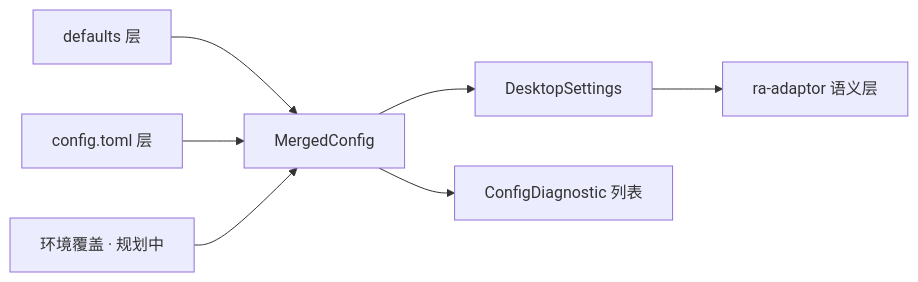
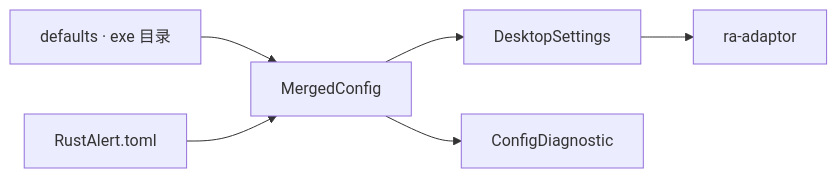
Before and after one commit to rust-alert/ra2.exe: the diagram in projects/ra-config/readme.md, drawn with Mermaid. The commit also changed other lines of this file and 9 other files, not shown here.

First line of the commit message:
📝 Point documents and ignore rules at `RustAlert.toml`

````diff
--- a/projects/ra-config/readme.md
+++ b/projects/ra-config/readme.md
@@ -23,9 +17,8 @@
 ```mermaid
 flowchart LR
-  DEF[defaults 层] --> MERGE[MergedConfig]
-  FILE[config.toml 层] --> MERGE
-  ENV[环境覆盖 · 规划中] --> MERGE
+  DEF[defaults · exe 目录] --> MERGE[MergedConfig]
+  FILE[RustAlert.toml] --> MERGE
   MERGE --> DS[DesktopSettings]
-  MERGE --> DIAG[ConfigDiagnostic 列表]
-  DS --> AD[ra-adaptor 语义层]
+  MERGE --> DIAG[ConfigDiagnostic]
+  DS --> AD[ra-adaptor]
 ```
````
